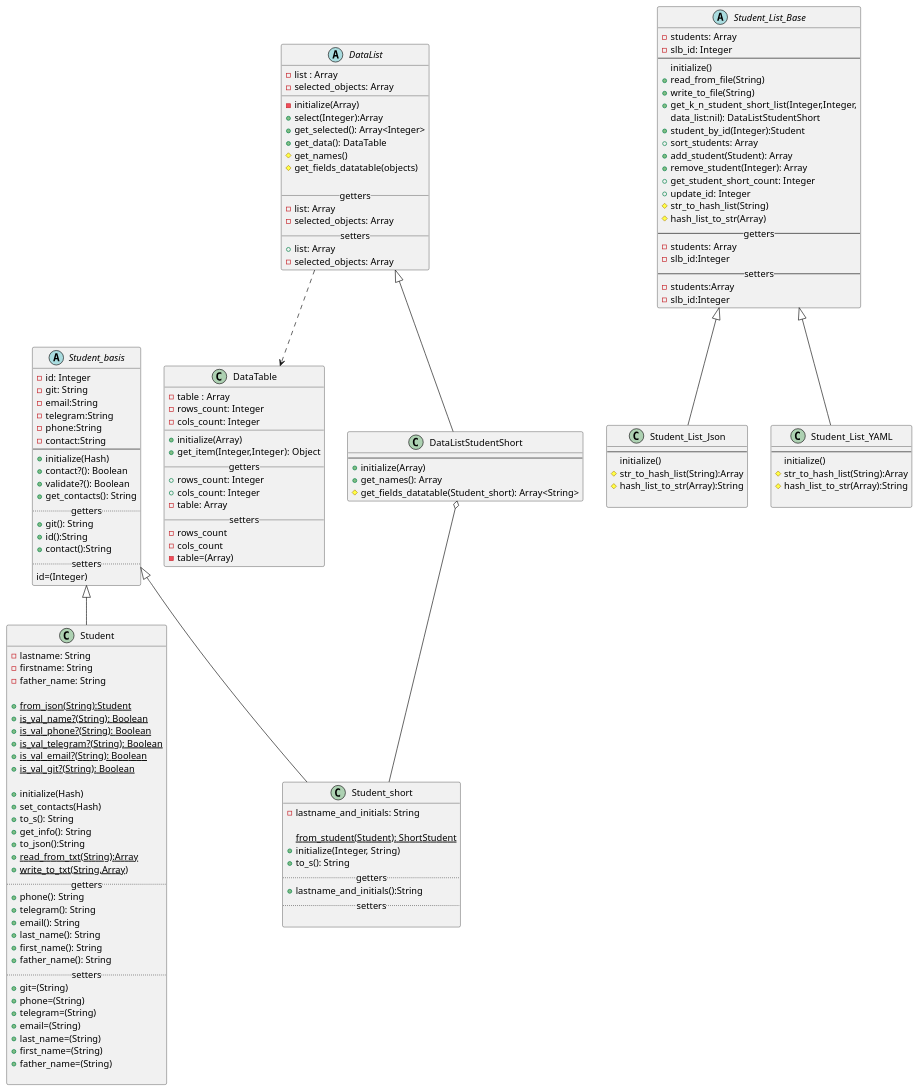
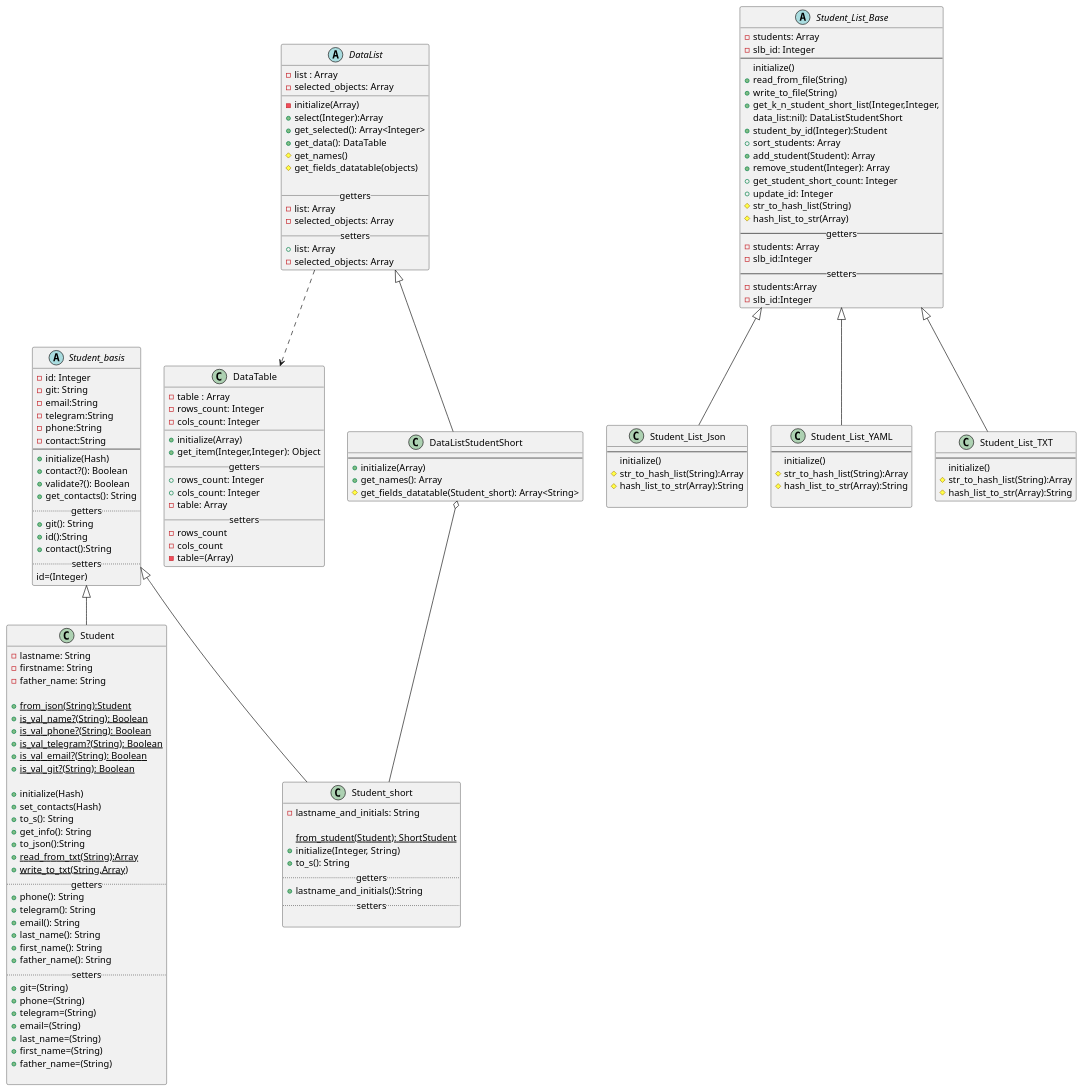
One commit to ColdEiler/pattern changed the diagram in lab2/student_diagrams.puml. Above: the diagram before and after it, drawn with PlantUML. The commit also changed 4 other files, not shown here.

Commit message:
реализован класс student_list_txt

```diff
--- a/lab2/student_diagrams.puml
+++ b/lab2/student_diagrams.puml
@@ -1,159 +1,166 @@
 @startuml
 'https://plantuml.com/class-diagram
 abstract class Student_basis{
      -id: Integer
      -git: String
      -email:String
      -telegram:String
      -phone:String
      -contact:String
 --
      +initialize(Hash)
      +contact?(): Boolean
      +validate?(): Boolean
      +get_contacts(): String
      .. getters..
      +git(): String
      +id():String
      +contact():String
      .. setters ..
      id=(Integer)
 }
 
 class Student extends Student_basis{
      -lastname: String
      -firstname: String
      -father_name: String
 
      +{static}from_json(String):Student
      +{static}is_val_name?(String): Boolean
      +{static}is_val_phone?(String): Boolean
      +{static}is_val_telegram?(String): Boolean
      +{static}is_val_email?(String): Boolean
      +{static}is_val_git?(String): Boolean
 
      +initialize(Hash)
      +set_contacts(Hash)
      +to_s(): String
      +get_info(): String
      +to_json():String
      +{static}read_from_txt(String):Array
      +{static}write_to_txt(String,Array)
      .. getters ..
      +phone(): String
      +telegram(): String
      +email(): String
      +last_name(): String
      +first_name(): String
      +father_name(): String
      .. setters ..
      +git=(String)
      +phone=(String)
      +telegram=(String)
      +email=(String)
      +last_name=(String)
      +first_name=(String)
      +father_name=(String)
 
 }
 
 class Student_short extends Student_basis{
      -lastname_and_initials: String
      
      {static}from_student(Student): ShortStudent
      +initialize(Integer, String)
      +to_s(): String
      .. getters ..
      +lastname_and_initials():String
      .. setters ..
 
 }
 
 
 class DataTable{
     -table : Array
     -rows_count: Integer
     -cols_count: Integer
     __
     +initialize(Array)
     +get_item(Integer,Integer): Object
     __getters__
     +rows_count: Integer
     +cols_count: Integer
     -table: Array
     __setters__
     -rows_count
     -cols_count
     -table=(Array)
 }
 abstract class DataList{
     -list : Array
     -selected_objects: Array
     __
     -initialize(Array)
     +select(Integer):Array
     +get_selected(): Array<Integer>
     +get_data(): DataTable
     #get_names()
     #get_fields_datatable(objects)
 
     __getters__
     -list: Array
     -selected_objects: Array
     __setters__
     +list: Array
     -selected_objects: Array
 }
 
 class DataListStudentShort extends DataList{
     --
     +initialize(Array)
     +get_names(): Array
     #get_fields_datatable(Student_short): Array<String>
 }
 
 DataList ..> DataTable
 DataListStudentShort o-- Student_short
 
 abstract class Student_List_Base{
     -students: Array
     -slb_id: Integer
 --
     initialize()
     +read_from_file(String)
     +write_to_file(String)
     +get_k_n_student_short_list(Integer,Integer,
     data_list:nil): DataListStudentShort
     +student_by_id(Integer):Student
     +sort_students: Array
     +add_student(Student): Array
     +remove_student(Integer): Array
     +get_student_short_count: Integer
     +update_id: Integer
     #str_to_hash_list(String)
     #hash_list_to_str(Array)
 --  getters --
     -students: Array
     -slb_id:Integer
 --  setters --
     -students:Array
     -slb_id:Integer
 }
 
 class Student_List_Json extends Student_List_Base{
     --
     initialize()
     #str_to_hash_list(String):Array
     #hash_list_to_str(Array):String
 
 }
 
 class Student_List_YAML extends Student_List_Base{
     --
     initialize()
     #str_to_hash_list(String):Array
     #hash_list_to_str(Array):String
 
 }
 
+class Student_List_TXT extends Student_List_Base{
+    --
+    initialize()
+    #str_to_hash_list(String):Array
+    #hash_list_to_str(Array):String
+}
+
 @enduml
```
